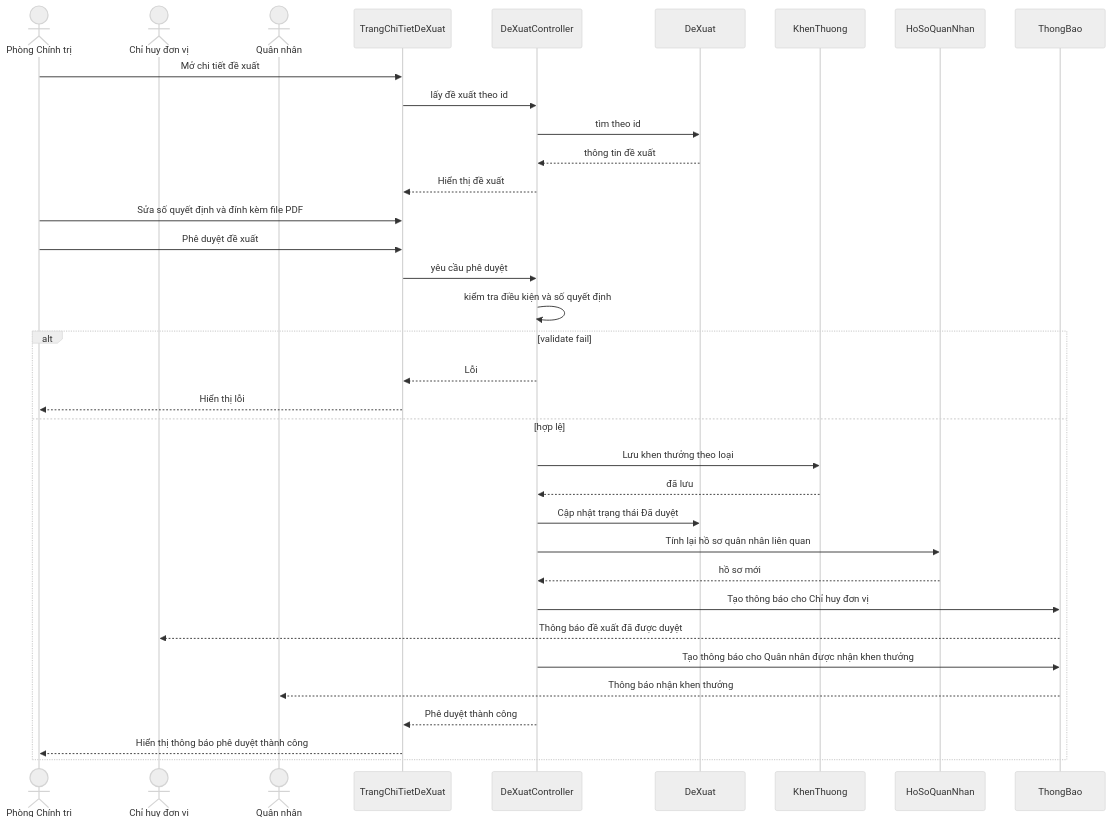
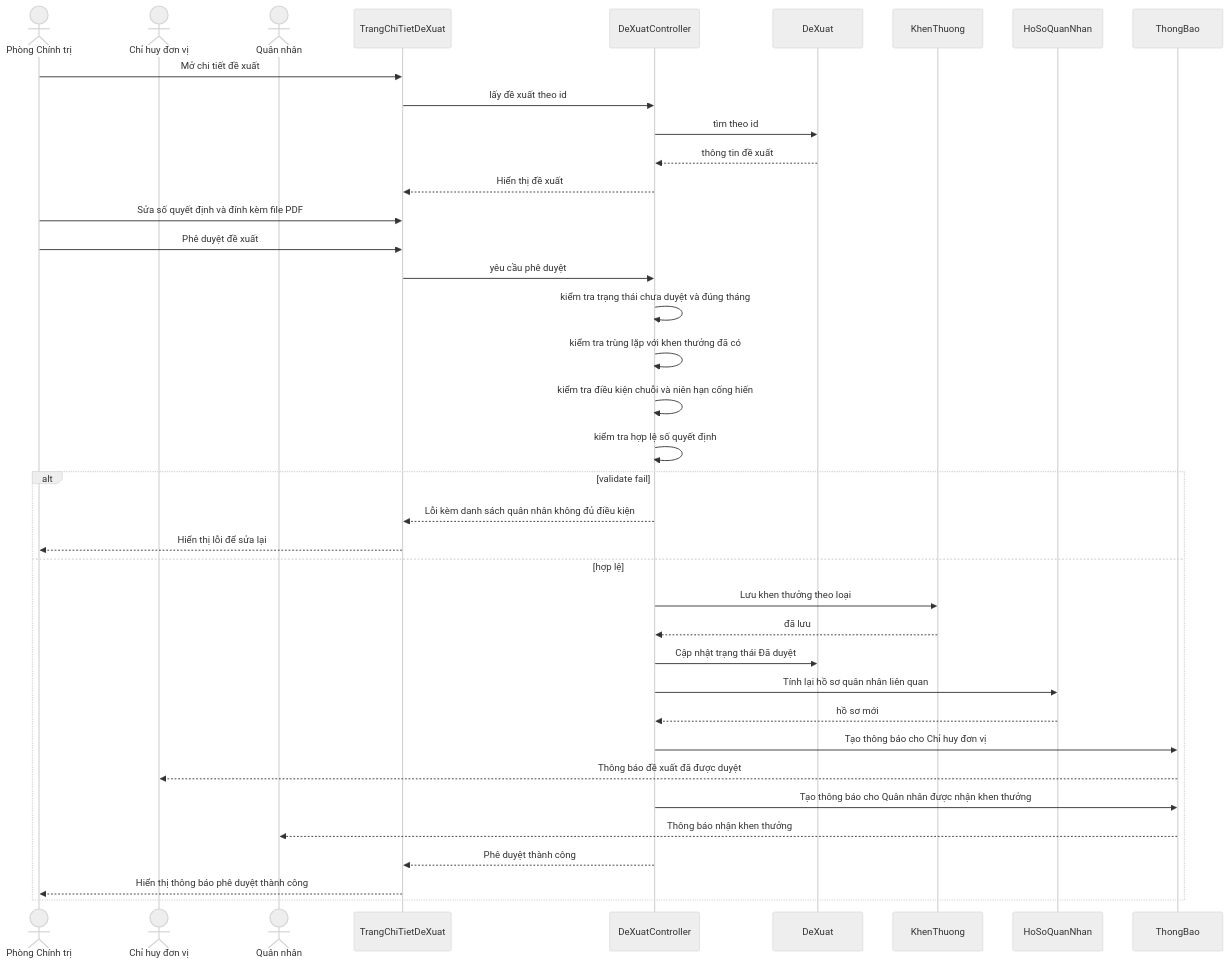
Before and after one commit to tranducbk/DATN_PM_QLKT: the third of 8 diagrams in docs/diagrams/05-sequence.md, drawn with Mermaid (neutral theme). The commit also changed other lines of this file and 18 other files, not shown here.

First line of the commit message:
Update diagrams, slides and supplementary docs

````diff
--- a/docs/diagrams/05-sequence.md
+++ b/docs/diagrams/05-sequence.md
@@ -67,42 +69,45 @@
 ```mermaid
 sequenceDiagram
     actor ADM as Phòng Chính trị
     actor MGR as Chỉ huy đơn vị
     actor QN as Quân nhân
     participant Page as TrangChiTietDeXuat
     participant Ctrl as DeXuatController
     participant DX as DeXuat
     participant KT as KhenThuong
     participant HS as HoSoQuanNhan
     participant TB as ThongBao
 
     ADM->>Page: Mở chi tiết đề xuất
     Page->>Ctrl: lấy đề xuất theo id
     Ctrl->>DX: tìm theo id
     DX-->>Ctrl: thông tin đề xuất
     Ctrl-->>Page: Hiển thị đề xuất
 
     ADM->>Page: Sửa số quyết định và đính kèm file PDF
     ADM->>Page: Phê duyệt đề xuất
     Page->>Ctrl: yêu cầu phê duyệt
-    Ctrl->>Ctrl: kiểm tra điều kiện và số quyết định
+    Ctrl->>Ctrl: kiểm tra trạng thái chưa duyệt và đúng tháng
+    Ctrl->>Ctrl: kiểm tra trùng lặp với khen thưởng đã có
+    Ctrl->>Ctrl: kiểm tra điều kiện chuỗi và niên hạn cống hiến
+    Ctrl->>Ctrl: kiểm tra hợp lệ số quyết định
 
     alt validate fail
-        Ctrl-->>Page: Lỗi
-        Page-->>ADM: Hiển thị lỗi
+        Ctrl-->>Page: Lỗi kèm danh sách quân nhân không đủ điều kiện
+        Page-->>ADM: Hiển thị lỗi để sửa lại
     else hợp lệ
         Ctrl->>KT: Lưu khen thưởng theo loại
         KT-->>Ctrl: đã lưu
         Ctrl->>DX: Cập nhật trạng thái Đã duyệt
         Ctrl->>HS: Tính lại hồ sơ quân nhân liên quan
         HS-->>Ctrl: hồ sơ mới
 
         Ctrl->>TB: Tạo thông báo cho Chỉ huy đơn vị
         TB-->>MGR: Thông báo đề xuất đã được duyệt
         Ctrl->>TB: Tạo thông báo cho Quân nhân được nhận khen thưởng
         TB-->>QN: Thông báo nhận khen thưởng
 
         Ctrl-->>Page: Phê duyệt thành công
         Page-->>ADM: Hiển thị thông báo phê duyệt thành công
     end
 ```
````
